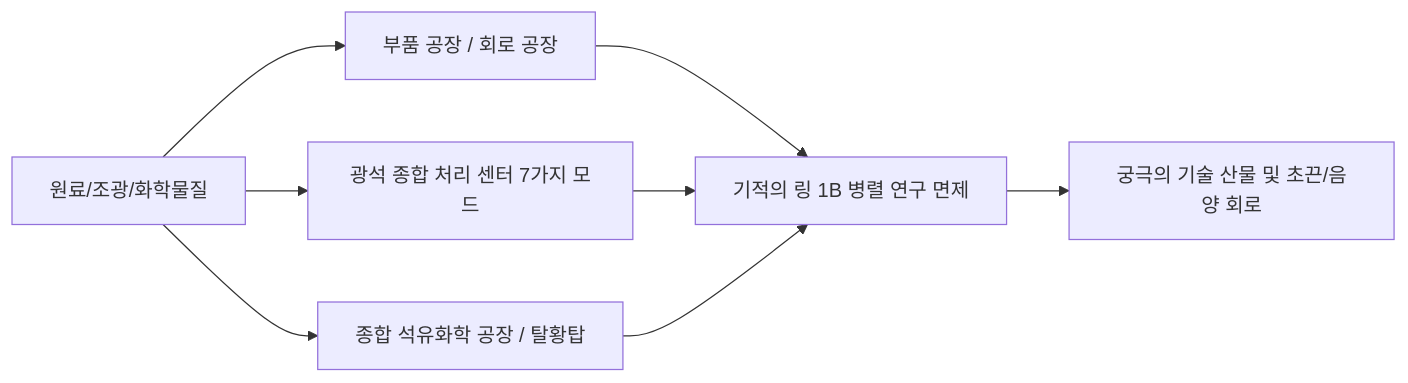
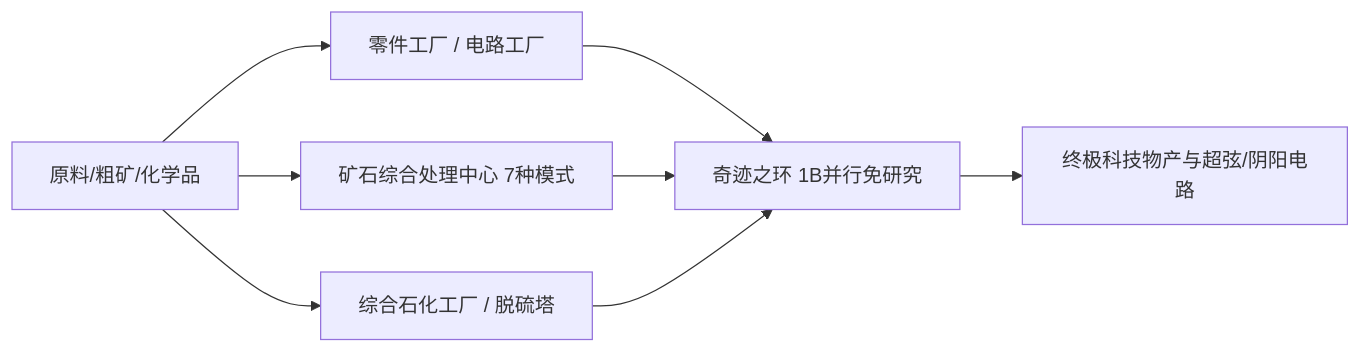
Before and after one commit to takanashisatou/GregtechEasy: the diagram in docs/ko/gtecore/machines-and-multiblocks.md, drawn with Mermaid. The commit also changed other lines of this file and 144 other files, not shown here.

````diff
--- a/docs/ko/gtecore/machines-and-multiblocks.md
+++ b/docs/ko/gtecore/machines-and-multiblocks.md
@@ -27,8 +27,8 @@
 ```mermaid
 graph LR
-    A[원료/조광/화학물질] --> B[부품 공장 / 회로 공장]
-    A --> C[광석 종합 처리 센터 7가지 모드]
-    A --> D[종합 석유화학 공장 / 탈황탑]
-    B & C & D --> E[기적의 링 1B 병렬 연구 면제]
-    E --> F[궁극의 기술 산물 및 초끈/음양 회로]
+    A[原料/粗矿/化学品] --> B[零件工厂 / 电路工厂]
+    A --> C[矿石综合处理中心 7种模式]
+    A --> D[综合石化工厂 / 脱硫塔]
+    B & C & D --> E[奇迹之环 1B并行免研究]
+    E --> F[终极科技物产与超弦/阴阳电路]
 ```
````
